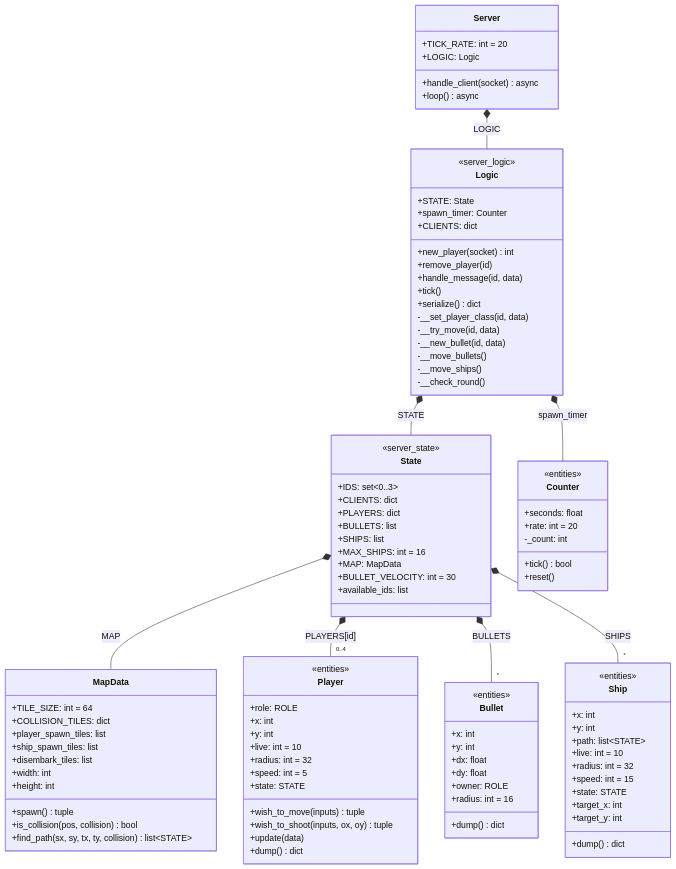
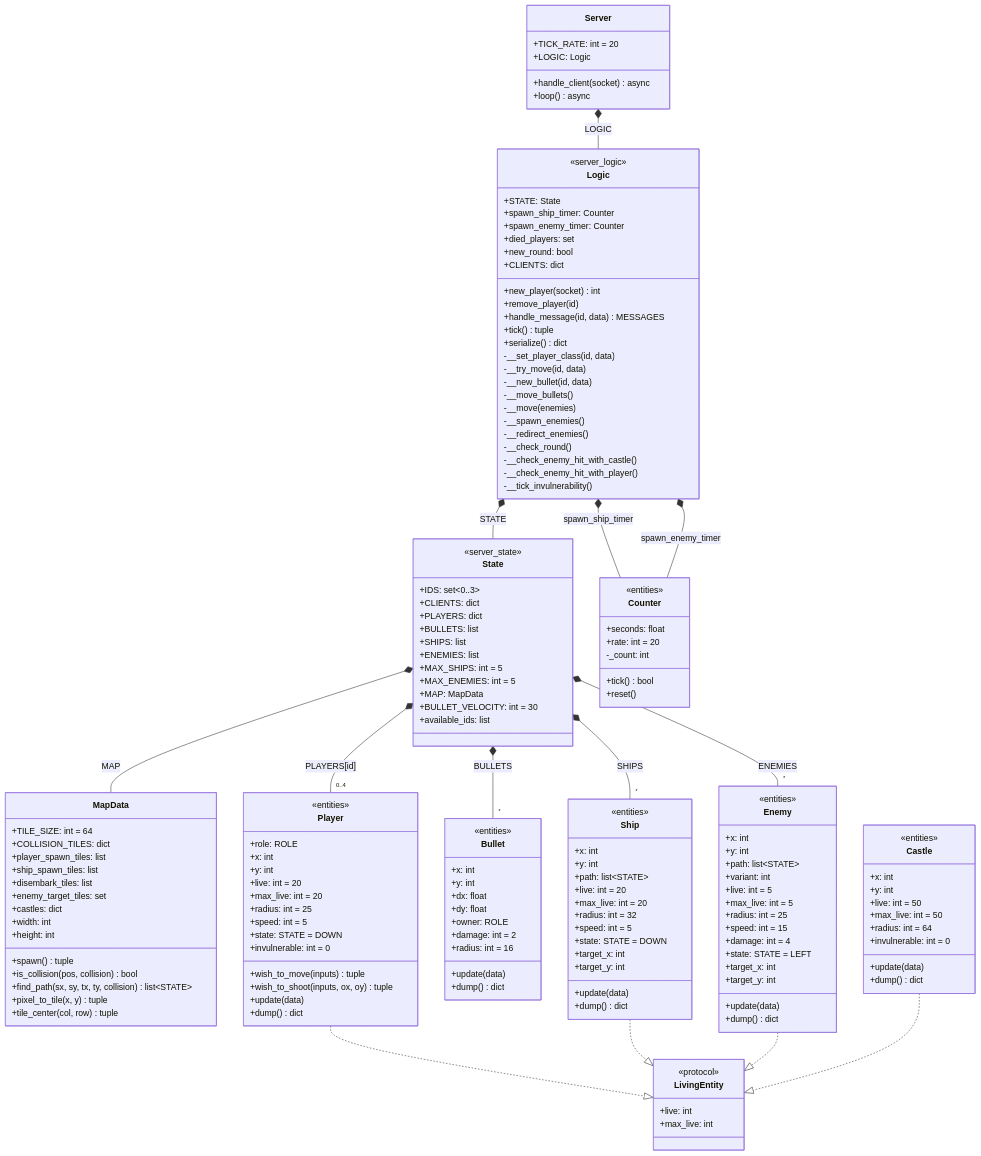
One commit to Aouei/pygame_multi changed the second of 5 diagrams in docs/diagramas/clases.md. Above: the diagram before and after it, drawn with Mermaid. The commit also changed other lines of this file and 35 other files, not shown here.

````diff
--- a/docs/diagramas/clases.md
+++ b/docs/diagramas/clases.md
@@ -67,19 +69,27 @@
     class Logic {
         <<server_logic>>
         +STATE: State
-        +spawn_timer: Counter
+        +spawn_ship_timer: Counter
+        +spawn_enemy_timer: Counter
+        +died_players: set
+        +new_round: bool
         +CLIENTS: dict
         +new_player(socket) int
         +remove_player(id)
-        +handle_message(id, data)
-        +tick()
+        +handle_message(id, data) MESSAGES
+        +tick() tuple
         +serialize() dict
         -__set_player_class(id, data)
         -__try_move(id, data)
         -__new_bullet(id, data)
         -__move_bullets()
-        -__move_ships()
+        -__move(enemies)
+        -__spawn_enemies()
+        -__redirect_enemies()
         -__check_round()
+        -__check_enemy_hit_with_castle()
+        -__check_enemy_hit_with_player()
+        -__tick_invulnerability()
     }
 
     class State {
@@ -89,7 +99,9 @@
         +PLAYERS: dict
         +BULLETS: list
         +SHIPS: list
-        +MAX_SHIPS: int = 16
+        +ENEMIES: list
+        +MAX_SHIPS: int = 5
+        +MAX_ENEMIES: int = 5
         +MAP: MapData
         +BULLET_VELOCITY: int = 30
         +available_ids: list
@@ -101,11 +113,15 @@
         +player_spawn_tiles: list
         +ship_spawn_tiles: list
         +disembark_tiles: list
+        +enemy_target_tiles: set
+        +castles: dict
         +width: int
         +height: int
         +spawn() tuple
         +is_collision(pos, collision) bool
         +find_path(sx, sy, tx, ty, collision) list~STATE~
+        +pixel_to_tile(x, y) tuple
+        +tile_center(col, row) tuple
     }
 
     class Player {
@@ -113,10 +129,12 @@
         +role: ROLE
         +x: int
         +y: int
-        +live: int = 10
-        +radius: int = 32
+        +live: int = 20
+        +max_live: int = 20
+        +radius: int = 25
         +speed: int = 5
-        +state: STATE
+        +state: STATE = DOWN
+        +invulnerable: int = 0
         +wish_to_move(inputs) tuple
         +wish_to_shoot(inputs, ox, oy) tuple
         +update(data)
@@ -130,7 +148,9 @@
         +dx: float
         +dy: float
         +owner: ROLE
+        +damage: int = 2
         +radius: int = 16
+        +update(data)
         +dump() dict
     }
 
@@ -139,12 +159,44 @@
         +x: int
         +y: int
         +path: list~STATE~
-        +live: int = 10
+        +live: int = 20
+        +max_live: int = 20
         +radius: int = 32
-        +speed: int = 15
-        +state: STATE
+        +speed: int = 5
+        +state: STATE = DOWN
         +target_x: int
         +target_y: int
+        +update(data)
+        +dump() dict
+    }
+
+    class Enemy {
+        <<entities>>
+        +x: int
+        +y: int
+        +path: list~STATE~
+        +variant: int
+        +live: int = 5
+        +max_live: int = 5
+        +radius: int = 25
+        +speed: int = 15
+        +damage: int = 4
+        +state: STATE = LEFT
+        +target_x: int
+        +target_y: int
+        +update(data)
+        +dump() dict
+    }
+
+    class Castle {
+        <<entities>>
+        +x: int
+        +y: int
+        +live: int = 50
+        +max_live: int = 50
+        +radius: int = 64
+        +invulnerable: int = 0
+        +update(data)
         +dump() dict
     }
 
@@ -157,11 +209,23 @@
         +reset()
     }
 
+    class LivingEntity {
+        <<protocol>>
+        +live: int
+        +max_live: int
+    }
+
     Server *-- Logic : LOGIC
     Logic *-- State : STATE
-    Logic *-- Counter : spawn_timer
+    Logic *-- Counter : spawn_ship_timer
+    Logic *-- Counter : spawn_enemy_timer
     State *-- MapData : MAP
     State *-- "0..4" Player : PLAYERS[id]
     State *-- "*" Bullet : BULLETS
     State *-- "*" Ship : SHIPS
+    State *-- "*" Enemy : ENEMIES
+    Player ..|> LivingEntity
+    Ship ..|> LivingEntity
+    Enemy ..|> LivingEntity
+    Castle ..|> LivingEntity
 ```
````
